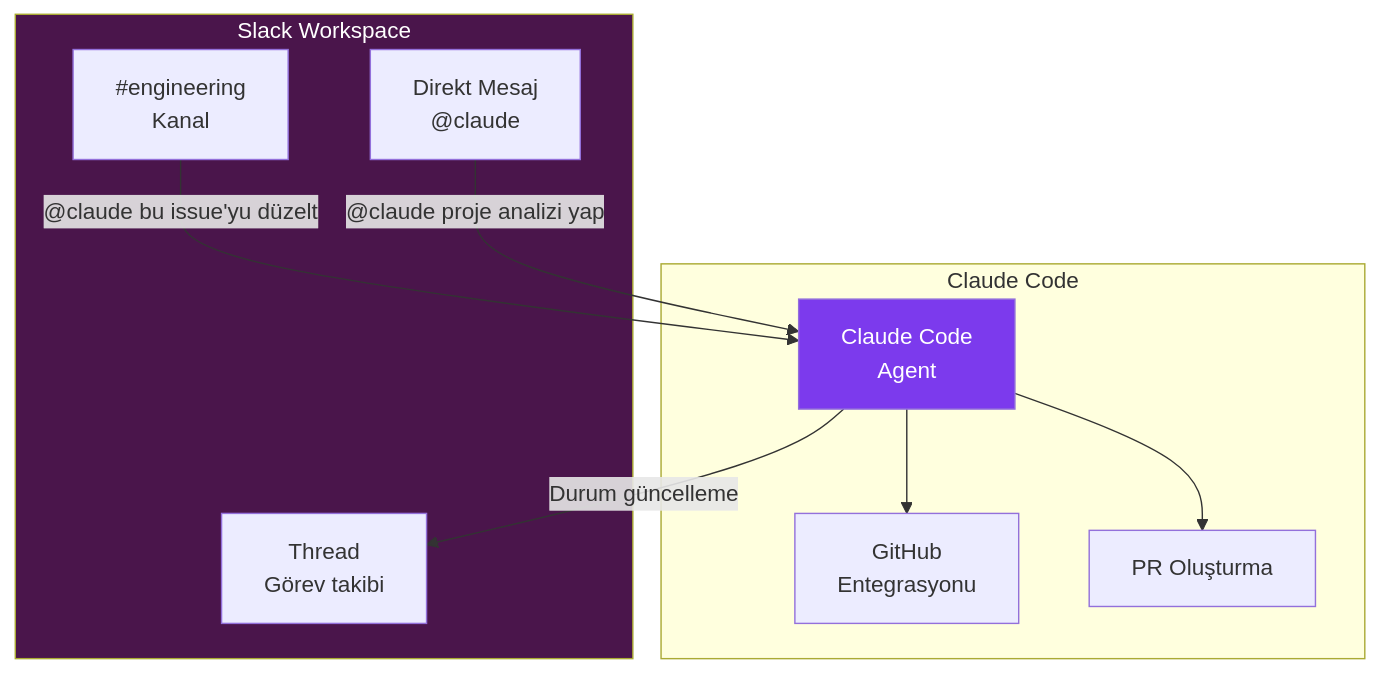
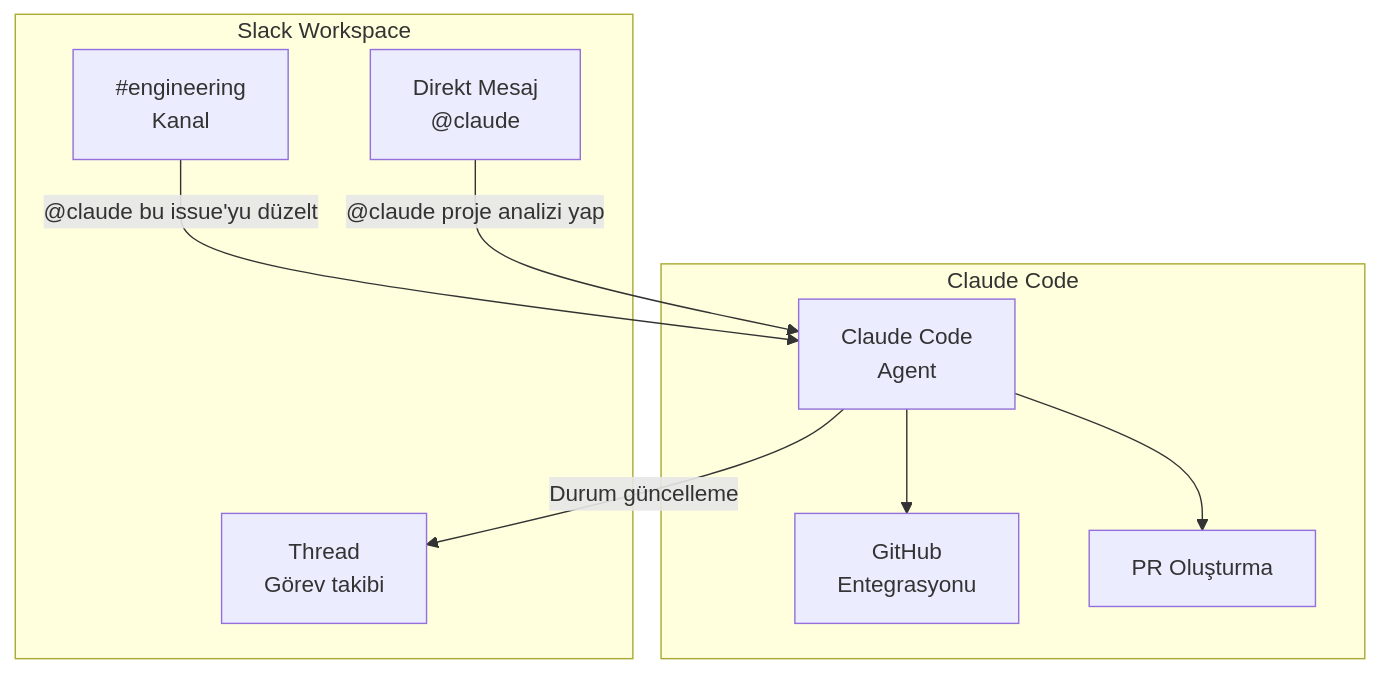
Before and after one commit to IzzetYasinAtes/ClaudeCodeHandbook: the first of 5 diagrams in 15-entegrasyonlar/06-slack-entegrasyonu.md, drawn with Mermaid. The commit also changed other lines of this file and 97 other files, not shown here.

Commit message:
Remove all custom Mermaid style/fill colors from 98 markdown files for consistent dark theme rendering

````diff
--- a/15-entegrasyonlar/06-slack-entegrasyonu.md
+++ b/15-entegrasyonlar/06-slack-entegrasyonu.md
@@ -17,23 +17,21 @@
 ```mermaid
 flowchart TB
     subgraph slack ["Slack Workspace"]
         CH["#engineering<br/>Kanal"]
         DM["Direkt Mesaj<br/>@claude"]
         TH["Thread<br/>Görev takibi"]
     end
 
     subgraph claude ["Claude Code"]
         CC["Claude Code<br/>Agent"]
         GH["GitHub<br/>Entegrasyonu"]
         PR["PR Oluşturma"]
     end
 
     CH -->|"@claude bu issue'yu düzelt"| CC
     DM -->|"@claude proje analizi yap"| CC
     CC --> GH
     CC --> PR
     CC -->|"Durum güncelleme"| TH
 
-    style slack fill:#4A154B,color:#fff
-    style CC fill:#7C3AED,color:#fff
 ```
````
